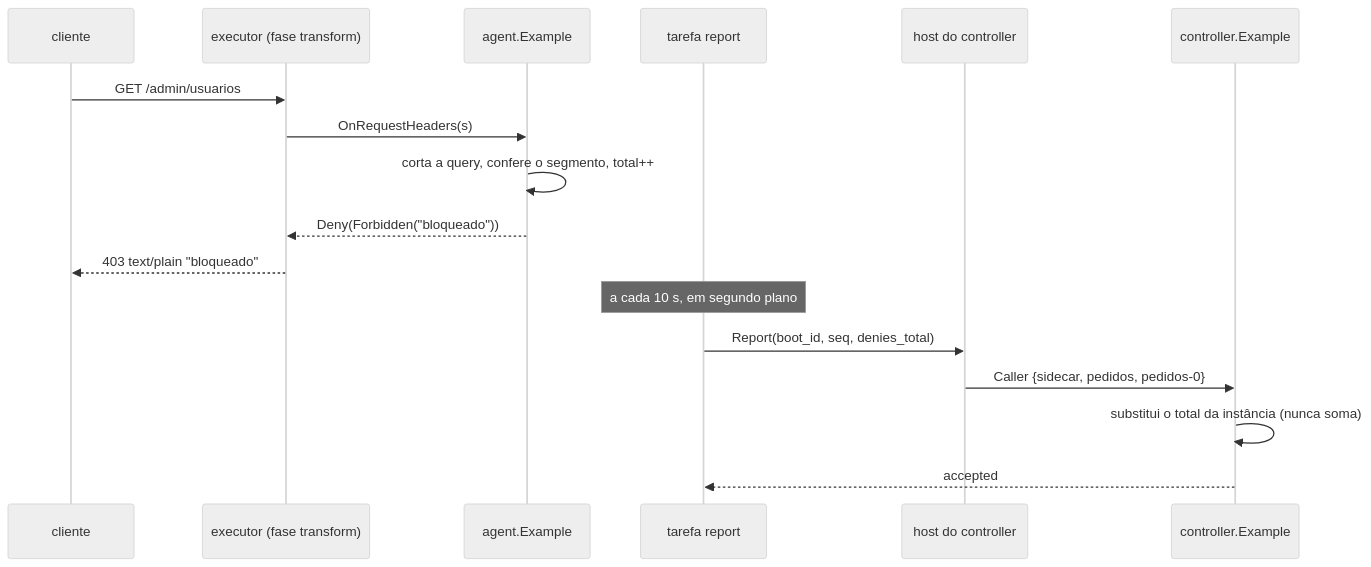
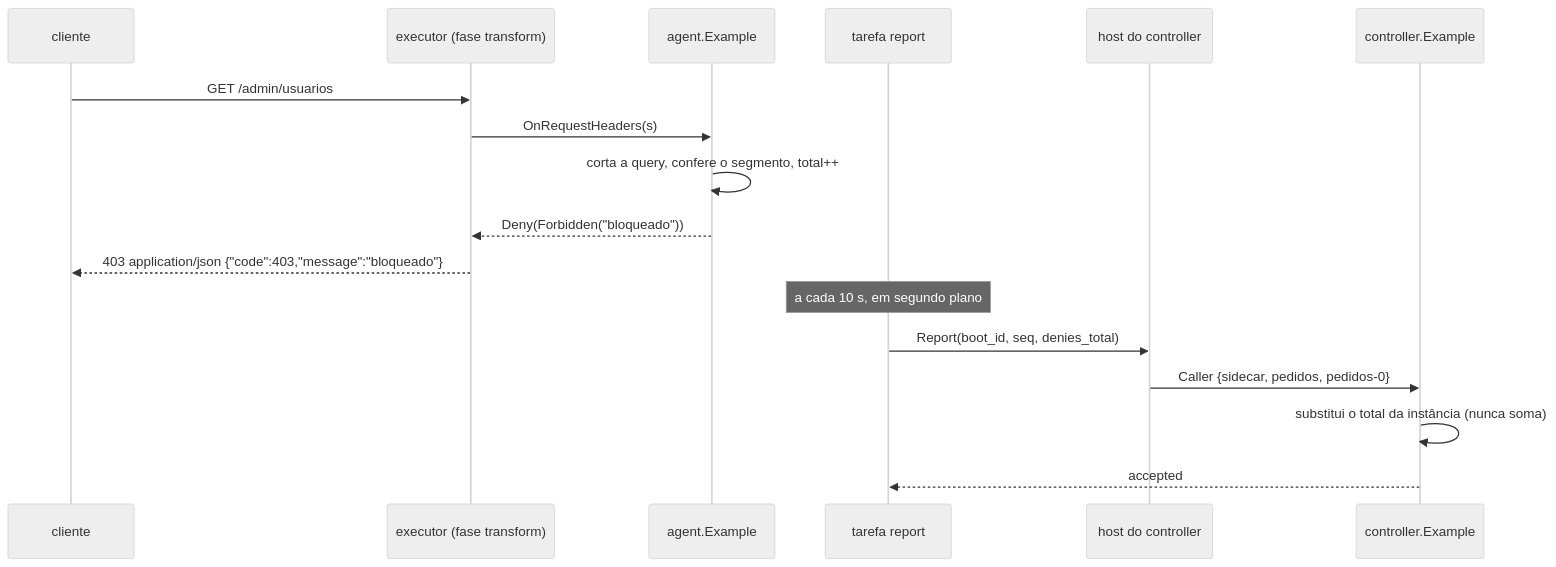
One commit to giustech/n3x-sdk changed the first of 3 diagrams in docs/fdd/FDD-SDK-13-plugin-de-exemplo.md. Above: the diagram before and after it, drawn with Mermaid (neutral theme). The commit also changed other lines of this file and 32 other files, not shown here.

````diff
--- a/docs/fdd/FDD-SDK-13-plugin-de-exemplo.md
+++ b/docs/fdd/FDD-SDK-13-plugin-de-exemplo.md
@@ -167,19 +182,19 @@
 ```mermaid
 sequenceDiagram
     participant C as cliente
     participant X as executor (fase transform)
     participant A as agent.Example
     participant T as tarefa report
     participant H as host do controller
     participant P as controller.Example
     C->>X: GET /admin/usuarios
     X->>A: OnRequestHeaders(s)
     A->>A: corta a query, confere o segmento, total++
     A-->>X: Deny(Forbidden("bloqueado"))
-    X-->>C: 403 text/plain "bloqueado"
+    X-->>C: 403 application/json {"code":403,"message":"bloqueado"}
     Note over T: a cada 10 s, em segundo plano
     T->>H: Report(boot_id, seq, denies_total)
     H->>P: Caller {sidecar, pedidos, pedidos-0}
     P->>P: substitui o total da instância (nunca soma)
     P-->>T: accepted
 ```
````
